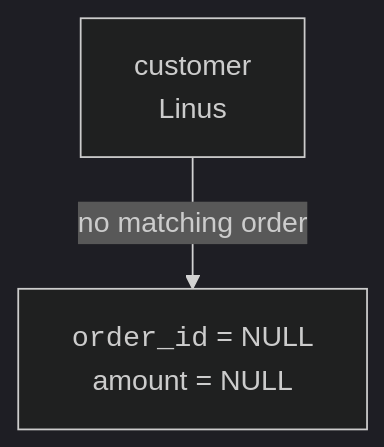
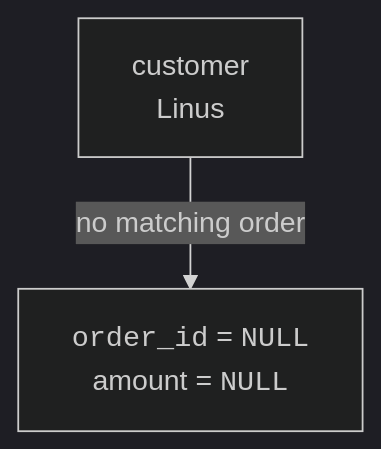
Before and after one commit to dataslope/dataslope: the second of 4 diagrams in content/courses/sqlite-for-beginners/outer-joins.mdx, drawn with Mermaid (dark theme). The commit also changed other lines of this file and 283 other files, not shown here.

First line of the commit message:
Diagrams as elements, not characters: fix the box model, sweep the corpus, and make syntax breakdowns a convention (#652)

````diff
--- a/content/courses/sqlite-for-beginners/outer-joins.mdx
+++ b/content/courses/sqlite-for-beginners/outer-joins.mdx
@@ -100,4 +109,4 @@
 ```mermaid
 flowchart TD
-    C["customer<br/>Linus"] -->|"no matching order"| N["<code>order_id</code> = NULL<br/>amount = NULL"]
+    C["customer<br/>Linus"] -->|"no matching order"| N["<code>order_id</code> = <code>NULL</code><br/>amount = <code>NULL</code>"]
 ```
````
